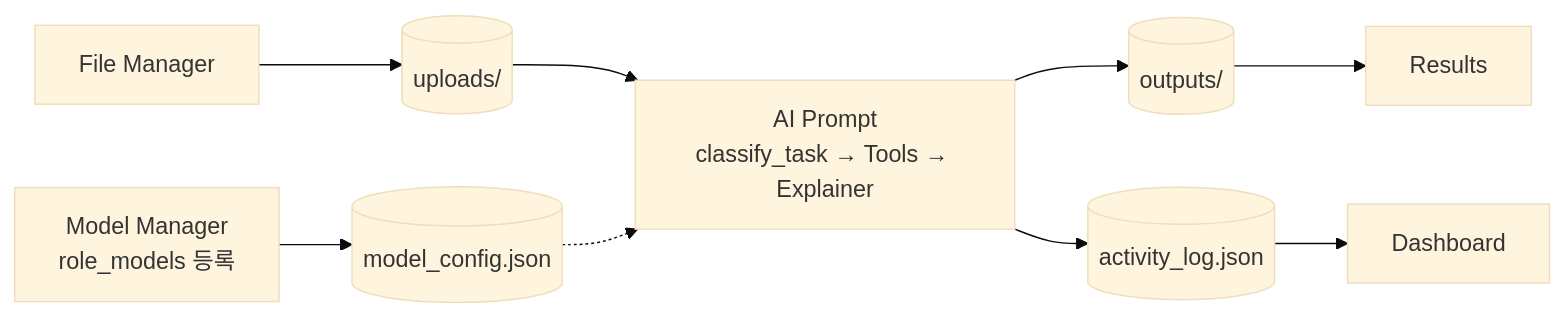
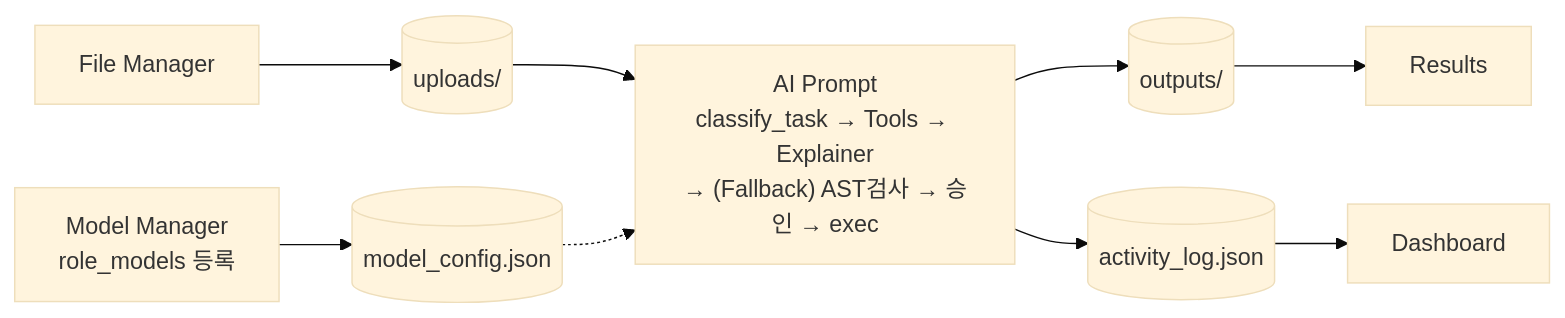
The third of 6 diagrams in README.md (sayoon01/excel-agent-studio), drawn with Mermaid (base theme) before and after one commit. The commit also changed other lines of this file and 13 other files, not shown here.

````diff
--- a/README.md
+++ b/README.md
@@ -362,11 +411,11 @@
 ```mermaid
 flowchart LR
     MM["Model Manager\nrole_models 등록"] --> CFG[("model_config.json")]
     FM["File Manager"] --> UP[("uploads/")]
-    UP --> AI["AI Prompt\nclassify_task → Tools → Explainer"]
+    UP --> AI["AI Prompt\nclassify_task → Tools → Explainer\n→ (Fallback) AST검사 → 승인 → exec"]
     CFG -.-> AI
     AI --> OUT[("outputs/")]
     AI --> LOG[("activity_log.json")]
     OUT --> RS["Results"]
     LOG --> DB["Dashboard"]
 ```
````
